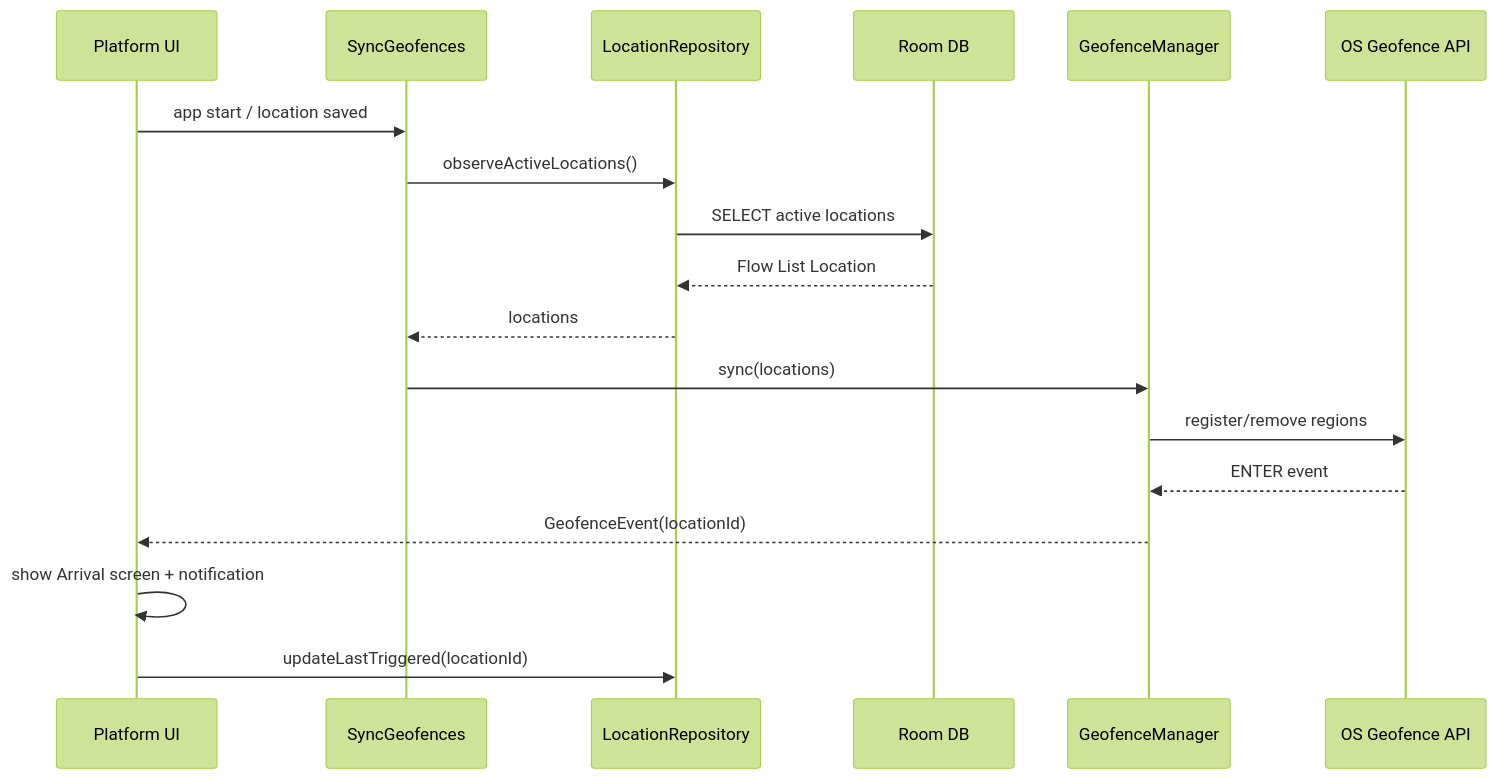
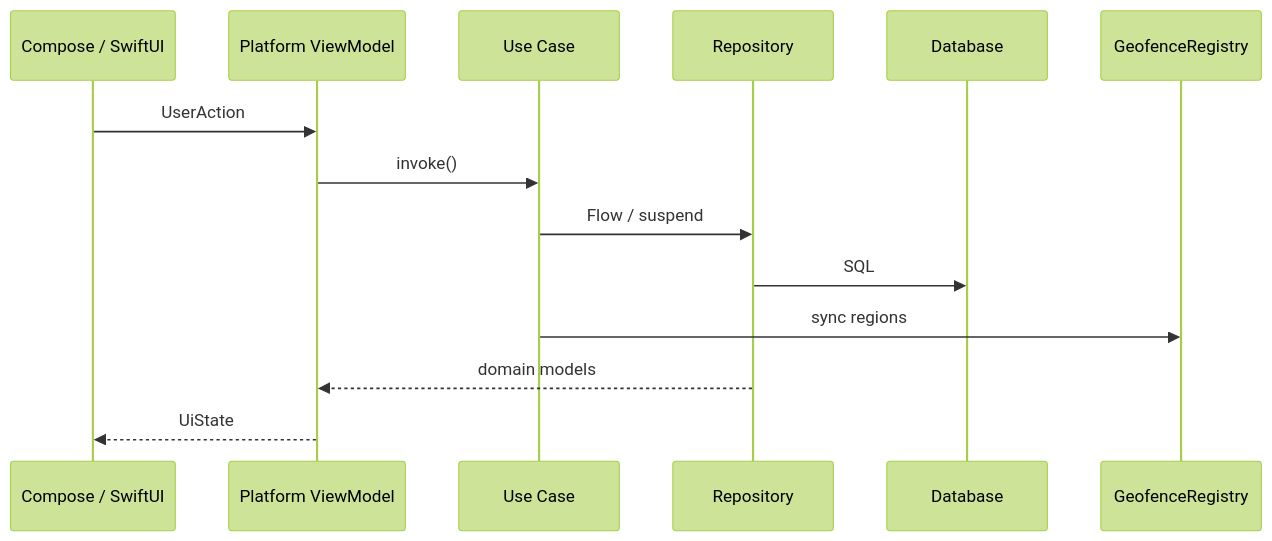
One commit to mohamedfaridelsherbini/Moventiq changed the third of 3 diagrams in ARCHITECTURE.md. Above: the diagram before and after it, drawn with Mermaid (forest theme). The commit also changed other lines of this file and 32 other files, not shown here.

````diff
--- a/ARCHITECTURE.md
+++ b/ARCHITECTURE.md
@@ -468,22 +291,17 @@
 ```mermaid
 sequenceDiagram
-    participant UI as Platform UI
-    participant UC as SyncGeofences
-    participant Repo as LocationRepository
-    participant Room as Room DB
-    participant GM as GeofenceManager
-    participant OS as OS Geofence API
+    participant UI as Compose / SwiftUI
+    participant PVM as Platform ViewModel
+    participant UC as Use Case
+    participant Repo as Repository
+    participant DB as Database
+    participant Geo as GeofenceRegistry
 
-    UI->>UC: app start / location saved
-    UC->>Repo: observeActiveLocations()
-    Repo->>Room: SELECT active locations
-    Room-->>Repo: Flow List Location
-    Repo-->>UC: locations
-    UC->>GM: sync(locations)
-    GM->>OS: register/remove regions
-
-    OS-->>GM: ENTER event
-    GM-->>UI: GeofenceEvent(locationId)
-    UI->>UI: show Arrival screen + notification
-    UI->>Repo: updateLastTriggered(locationId)
+    UI->>PVM: UserAction
+    PVM->>UC: invoke()
+    UC->>Repo: Flow / suspend
+    Repo->>DB: SQL
+    UC->>Geo: sync regions
+    Repo-->>PVM: domain models
+    PVM-->>UI: UiState
 ```
````
